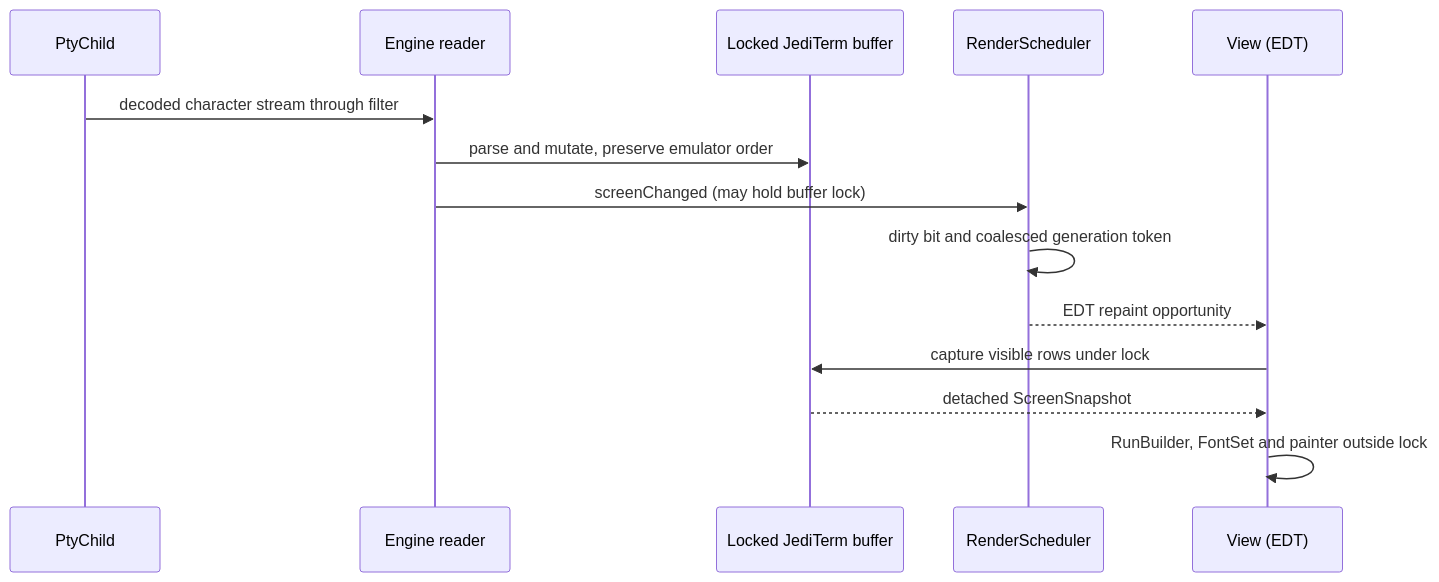
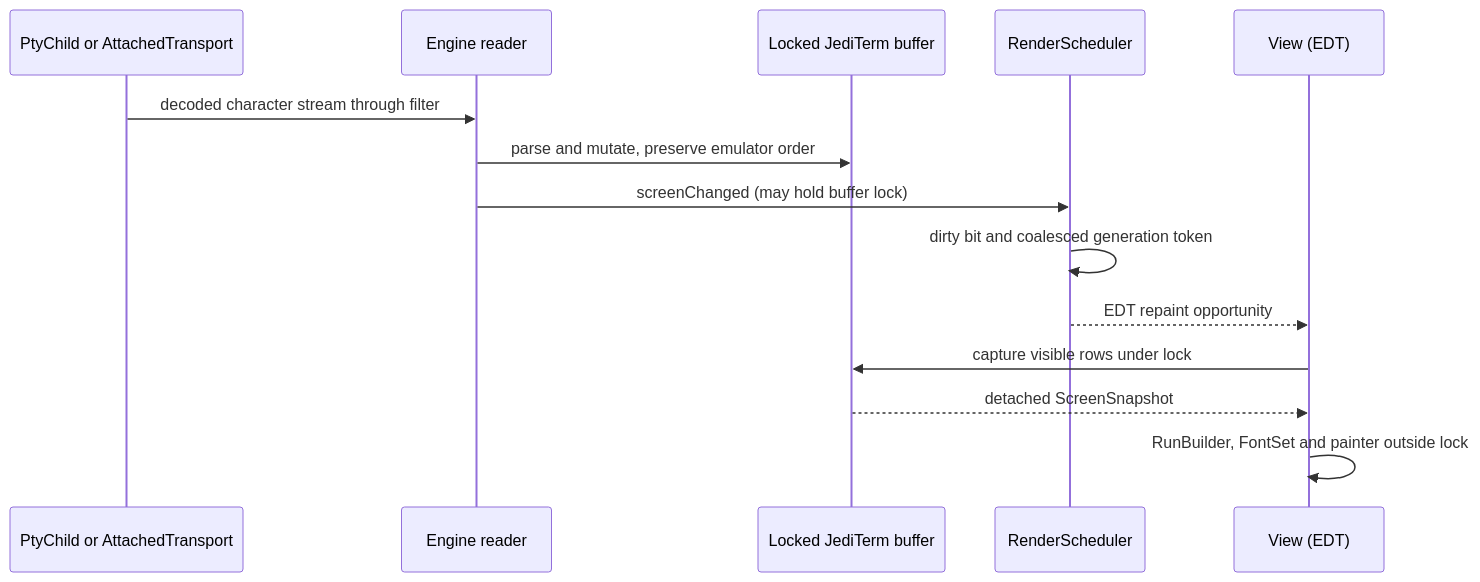
One commit to an0nn30/Jasper changed the third of 5 diagrams in docs/terminal-architecture.md. Above: the diagram before and after it, drawn with Mermaid. The commit also changed other lines of this file and 57 other files, not shown here.

````diff
--- a/docs/terminal-architecture.md
+++ b/docs/terminal-architecture.md
@@ -113,16 +128,16 @@
 ```mermaid
 sequenceDiagram
-    participant Child as PtyChild
+    participant Child as PtyChild or AttachedTransport
     participant Reader as Engine reader
     participant Buffer as Locked JediTerm buffer
     participant Schedule as RenderScheduler
     participant View as View (EDT)
     Child->>Reader: decoded character stream through filter
     Reader->>Buffer: parse and mutate, preserve emulator order
     Reader->>Schedule: screenChanged (may hold buffer lock)
     Schedule->>Schedule: dirty bit and coalesced generation token
     Schedule-->>View: EDT repaint opportunity
     View->>Buffer: capture visible rows under lock
     Buffer-->>View: detached ScreenSnapshot
     View->>View: RunBuilder, FontSet and painter outside lock
 ```
````
